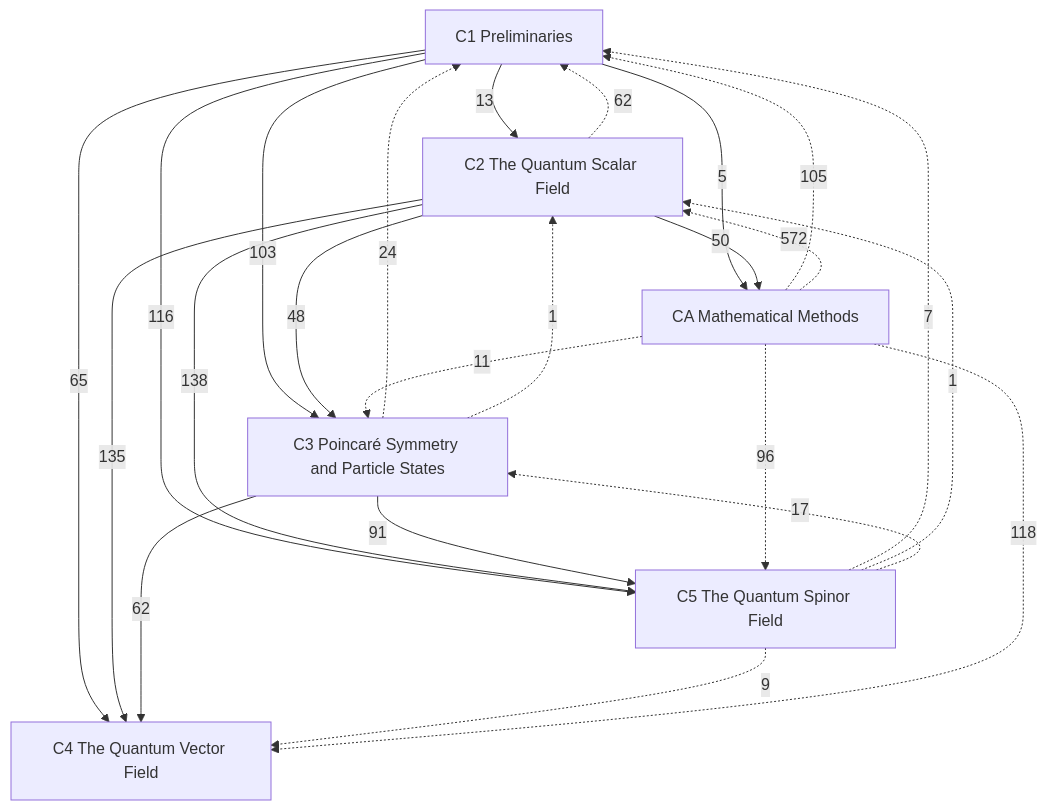
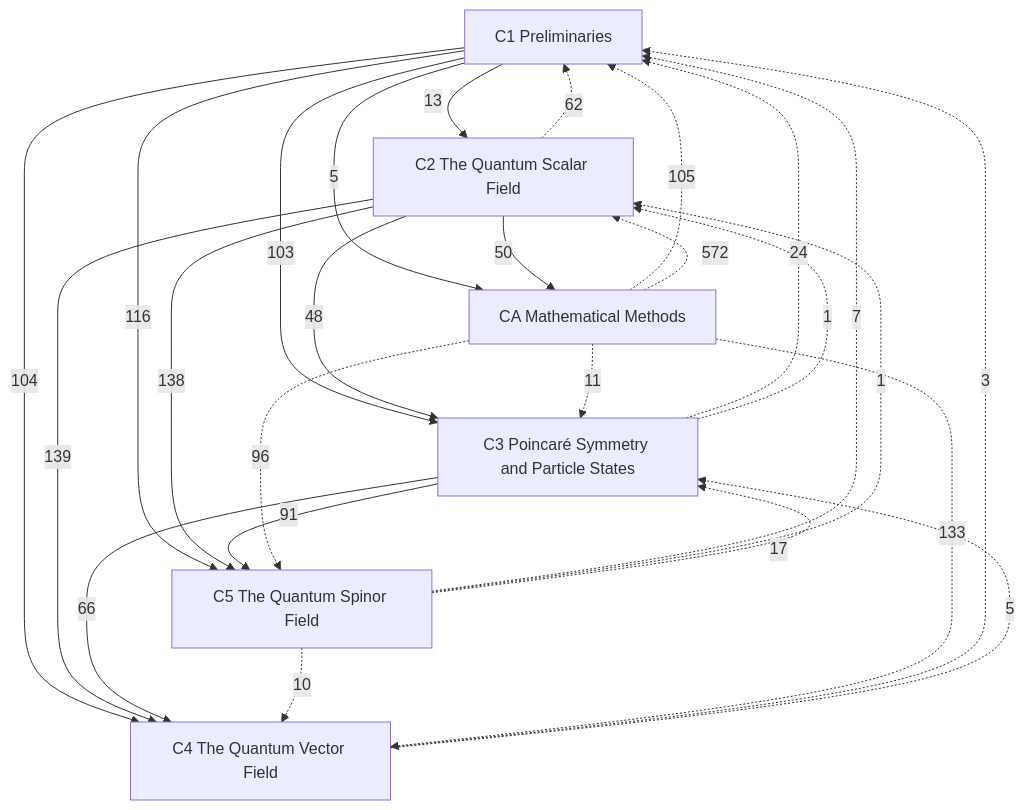
Before and after one commit to Onion20040508/notes: the diagram in Physics/Quantum Field Theory/Quantum Field Theory.md, drawn with Mermaid. The commit also changed 13 other files, not shown here.

````diff
--- a/Physics/Quantum Field Theory/Quantum Field Theory.md
+++ b/Physics/Quantum Field Theory/Quantum Field Theory.md
@@ -25,32 +25,34 @@
 ```mermaid
 graph TD
   C1["C1 Preliminaries"]
   C2["C2 The Quantum Scalar Field"]
   C3["C3 Poincaré Symmetry and Particle States"]
   C4["C4 The Quantum Vector Field"]
   C5["C5 The Quantum Spinor Field"]
   CA["CA Mathematical Methods"]
   C1 -->|13| C2
   C1 -->|103| C3
   C2 -->|48| C3
-  C1 -->|65| C4
-  C2 -->|135| C4
-  C3 -->|62| C4
+  C1 -->|104| C4
+  C2 -->|139| C4
+  C3 -->|66| C4
   C1 -->|116| C5
   C2 -->|138| C5
   C3 -->|91| C5
   C1 -->|5| CA
   C2 -->|50| CA
   C2 -.->|62| C1
   C3 -.->|24| C1
+  C4 -.->|3| C1
   C5 -.->|7| C1
   CA -.->|105| C1
   C3 -.->|1| C2
   C5 -.->|1| C2
   CA -.->|572| C2
+  C4 -.->|5| C3
   C5 -.->|17| C3
   CA -.->|11| C3
-  C5 -.->|9| C4
-  CA -.->|118| C4
+  C5 -.->|10| C4
+  CA -.->|133| C4
   CA -.->|96| C5
 ```
````
